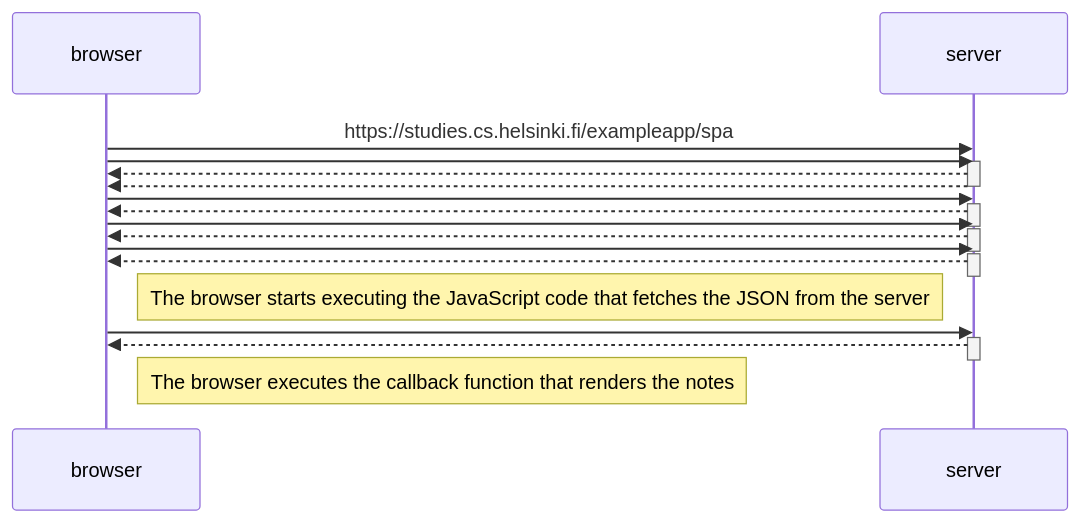
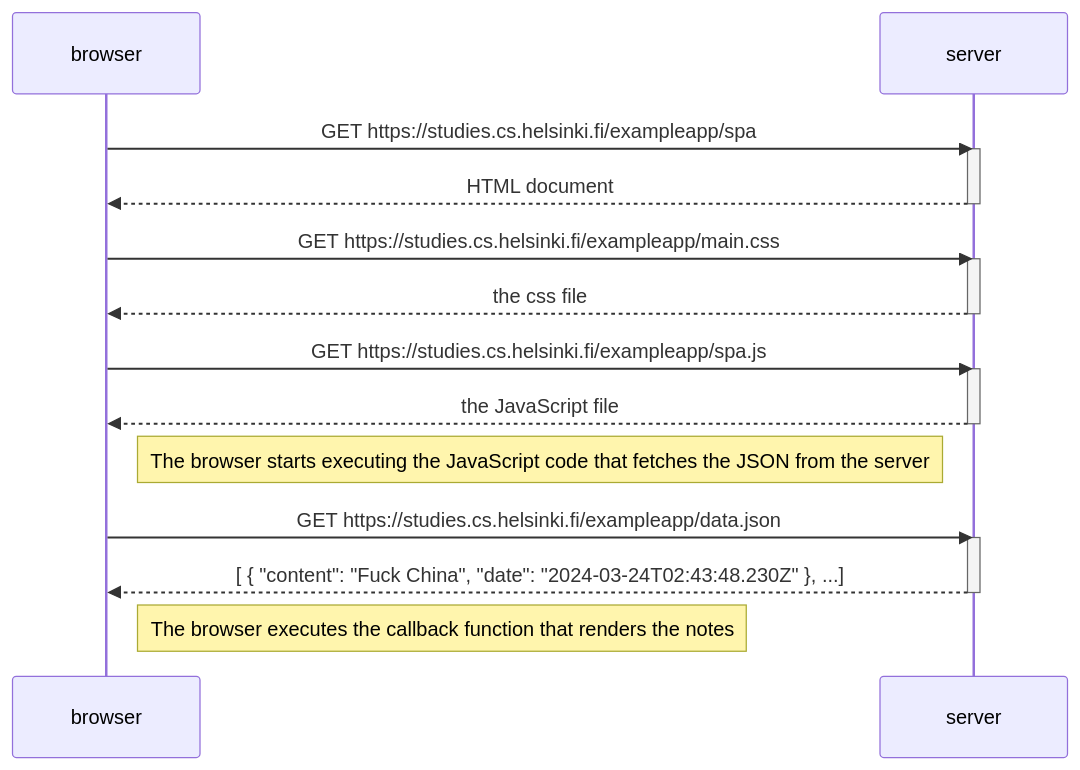
One commit to dmc2m4/Exercises-0.4-0.5-0.6 changed the diagram in exercise_0.5.mmd. Above: the diagram before and after it, drawn with Mermaid.

Commit message:
exercise 0.5 done

```diff
--- a/exercise_0.5.mmd
+++ b/exercise_0.5.mmd
@@ -1,34 +1,27 @@
 sequenceDiagram
     participant browser
     participant server
 
-    browser->>server: https://studies.cs.helsinki.fi/exampleapp/spa
-    browser->>server: 
+    browser->>server: GET https://studies.cs.helsinki.fi/exampleapp/spa
     activate server
-    server-->>browser:
-    server-->>browser:
+    server-->>browser: HTML document
     deactivate server
 
-    browser->>server:
+    browser->>server: GET https://studies.cs.helsinki.fi/exampleapp/main.css
     activate server
-    server-->>browser:
+    server-->>browser: the css file
     deactivate server
 
-    browser->>server:
+    browser->>server: GET https://studies.cs.helsinki.fi/exampleapp/spa.js
     activate server
-    server-->>browser:
-    deactivate server
-
-    browser->>server:
-    activate server
-    server-->>browser:
+    server-->>browser: the JavaScript file
     deactivate server
 
     Note right of browser: The browser starts executing the JavaScript code that fetches the JSON from the server
 
-    browser->>server:
+    browser->>server: GET https://studies.cs.helsinki.fi/exampleapp/data.json
     activate server
-    server-->>browser:
+    server-->>browser: [ { "content": "Fuck China", "date": "2024-03-24T02:43:48.230Z" }, ...]
     deactivate server
 
     Note right of browser: The browser executes the callback function that renders the notes
```
